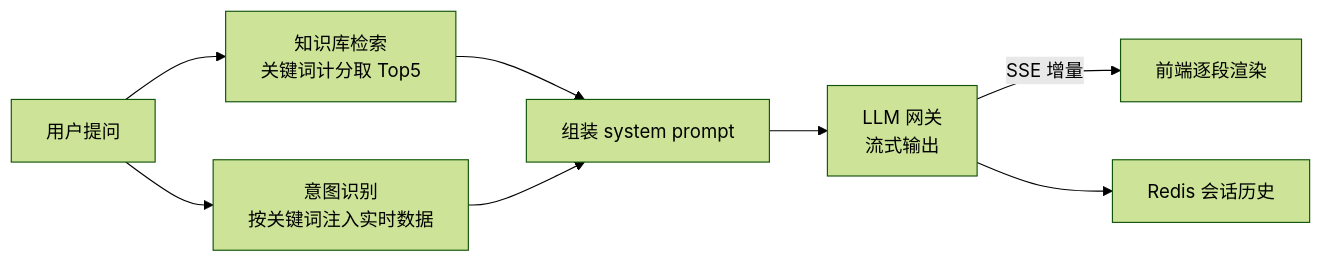
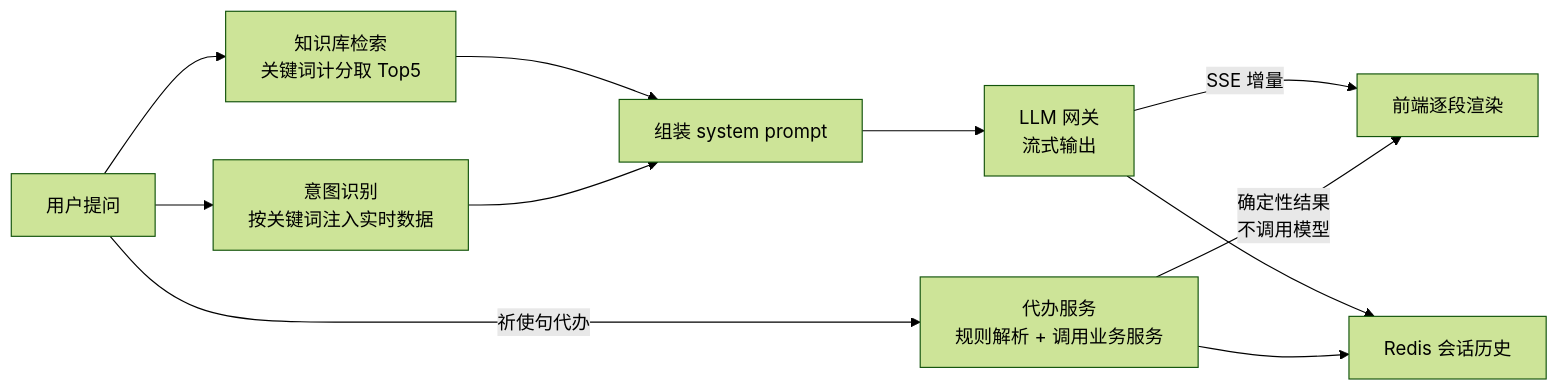
One commit to Wink-wangchuan/lab-reservation-system changed the fourth of 4 diagrams in README.md. Above: the diagram before and after it, drawn with Mermaid (forest theme). The commit also changed other lines of this file and 8 other files, not shown here.

````diff
--- a/README.md
+++ b/README.md
@@ -399,10 +400,13 @@
 ```mermaid
 flowchart LR
     Q["用户提问"] --> K["知识库检索<br/>关键词计分取 Top5"]
     Q --> D["意图识别<br/>按关键词注入实时数据"]
+    Q -->|"祈使句代办"| A["代办服务<br/>规则解析 + 调用业务服务"]
     K --> P["组装 system prompt"]
     D --> P
     P --> L["LLM 网关<br/>流式输出"]
     L -->|"SSE 增量"| F["前端逐段渲染"]
     L --> H["Redis 会话历史"]
+    A -->|"确定性结果<br/>不调用模型"| F
+    A --> H
 ```
````
